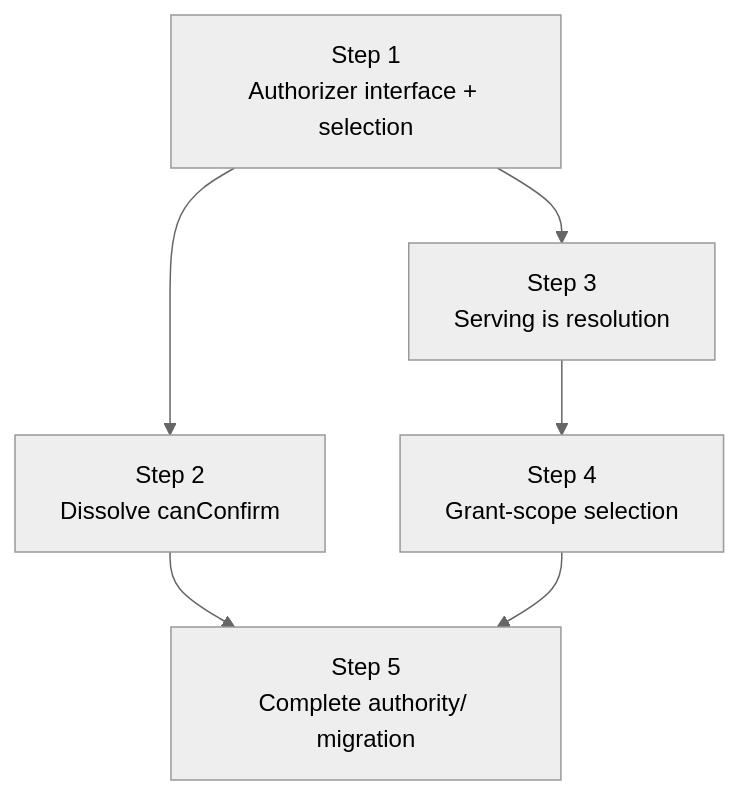
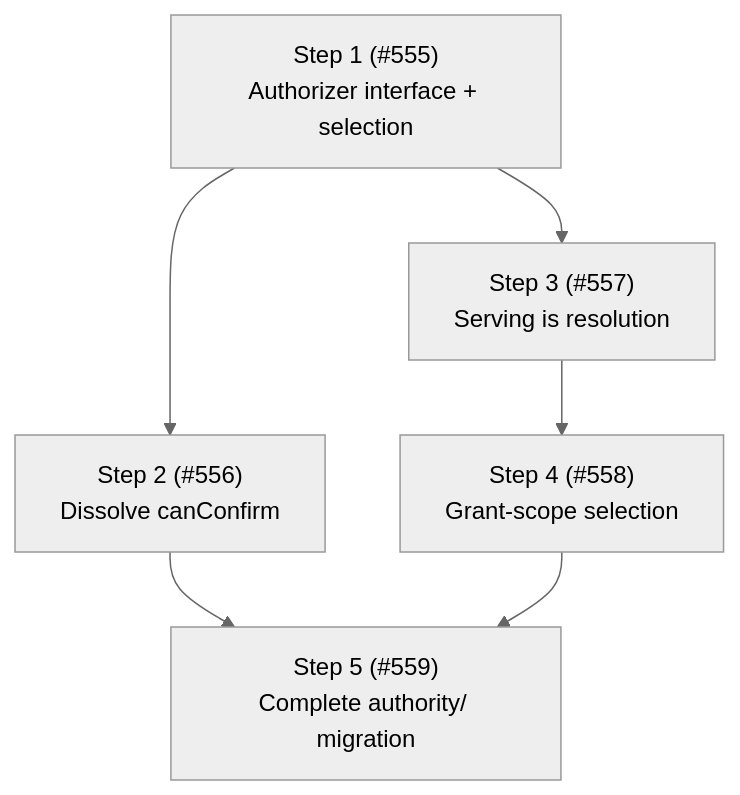
One commit to whaoa/forked-gotgenes-pi-packages changed the fourth of 4 diagrams in packages/pi-permission-system/docs/architecture/architecture.md. Above: the diagram before and after it, drawn with Mermaid (neutral theme). The commit also changed other lines of this file, not shown here.

Commit message:
docs(pi-permission-system): link Phase 9 roadmap steps to issues #555-#559

````diff
--- a/packages/pi-permission-system/docs/architecture/architecture.md
+++ b/packages/pi-permission-system/docs/architecture/architecture.md
@@ -911,14 +911,14 @@
 ```mermaid
 flowchart TD
-    S1["Step 1<br/>Authorizer interface + selection"]
-    S2["Step 2<br/>Dissolve canConfirm"]
-    S3["Step 3<br/>Serving is resolution"]
-    S4["Step 4<br/>Grant-scope selection"]
-    S5["Step 5<br/>Complete authority/ migration"]
+    S1["Step 1 (#555)<br/>Authorizer interface + selection"]
+    S2["Step 2 (#556)<br/>Dissolve canConfirm"]
+    S3["Step 3 (#557)<br/>Serving is resolution"]
+    S4["Step 4 (#558)<br/>Grant-scope selection"]
+    S5["Step 5 (#559)<br/>Complete authority/ migration"]
 
     S1 --> S2
     S1 --> S3
     S3 --> S4
     S2 --> S5
     S4 --> S5
 ```
````
